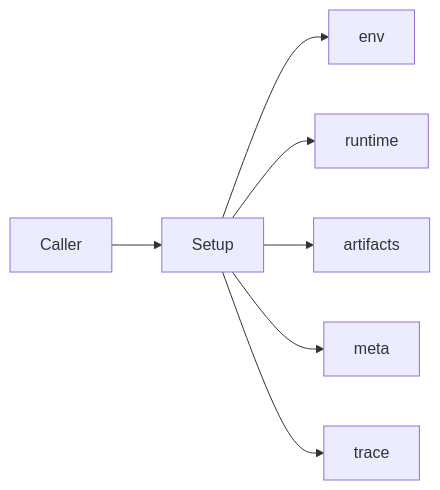
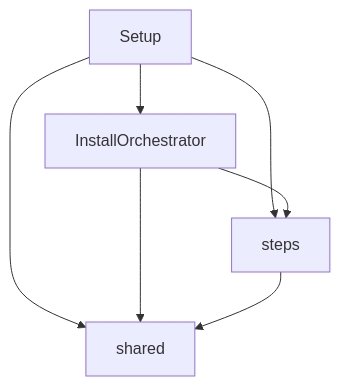
Before and after one commit to garnet1985/new-tea-quant: the diagram in core/infra/setup/docs/ARCHITECTURE.md, drawn with Mermaid. The commit also changed other lines of this file and 119 other files, not shown here.

````diff
--- a/core/infra/setup/docs/ARCHITECTURE.md
+++ b/core/infra/setup/docs/ARCHITECTURE.md
@@ -34,9 +38,13 @@
 ```mermaid
-flowchart LR
-  Caller --> Setup
-  Setup --> Env[env]
-  Setup --> Runtime[runtime]
-  Setup --> Artifacts[artifacts]
-  Setup --> Meta[meta]
-  Setup --> Trace[trace]
+flowchart TB
+  SetupFacade[Setup]
+  Orch[InstallOrchestrator]
+  Shared[shared]
+  Steps[steps]
+  SetupFacade --> Orch
+  SetupFacade --> Shared
+  SetupFacade --> Steps
+  Orch --> Shared
+  Orch --> Steps
+  Steps --> Shared
 ```
````
